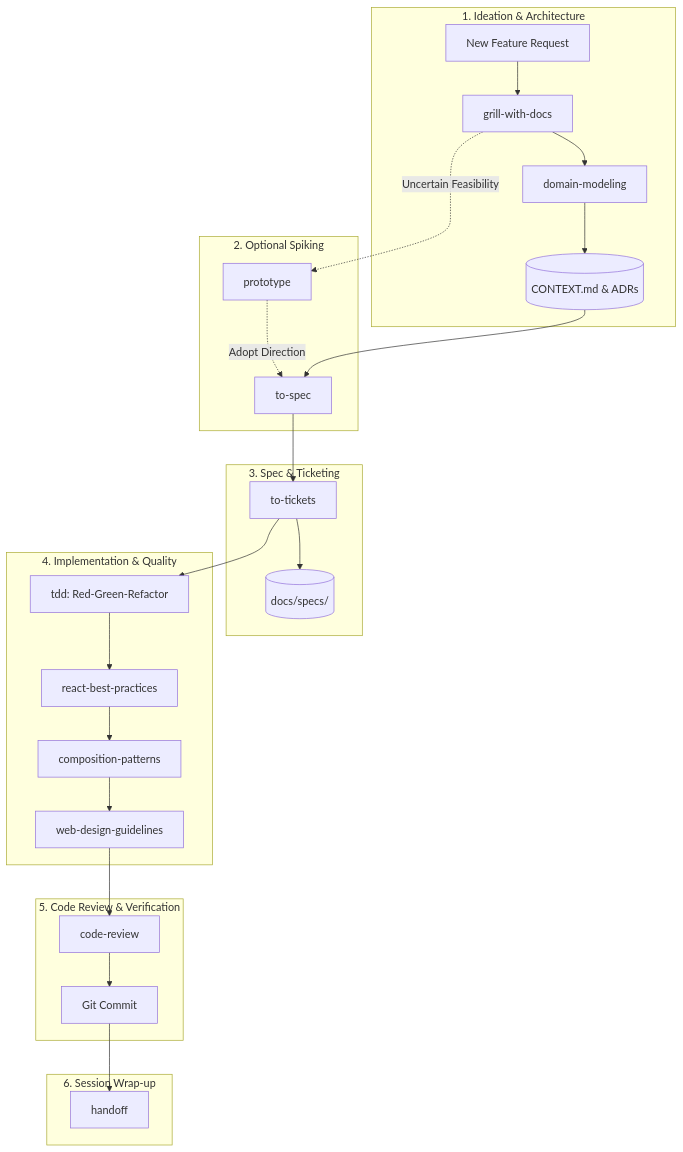
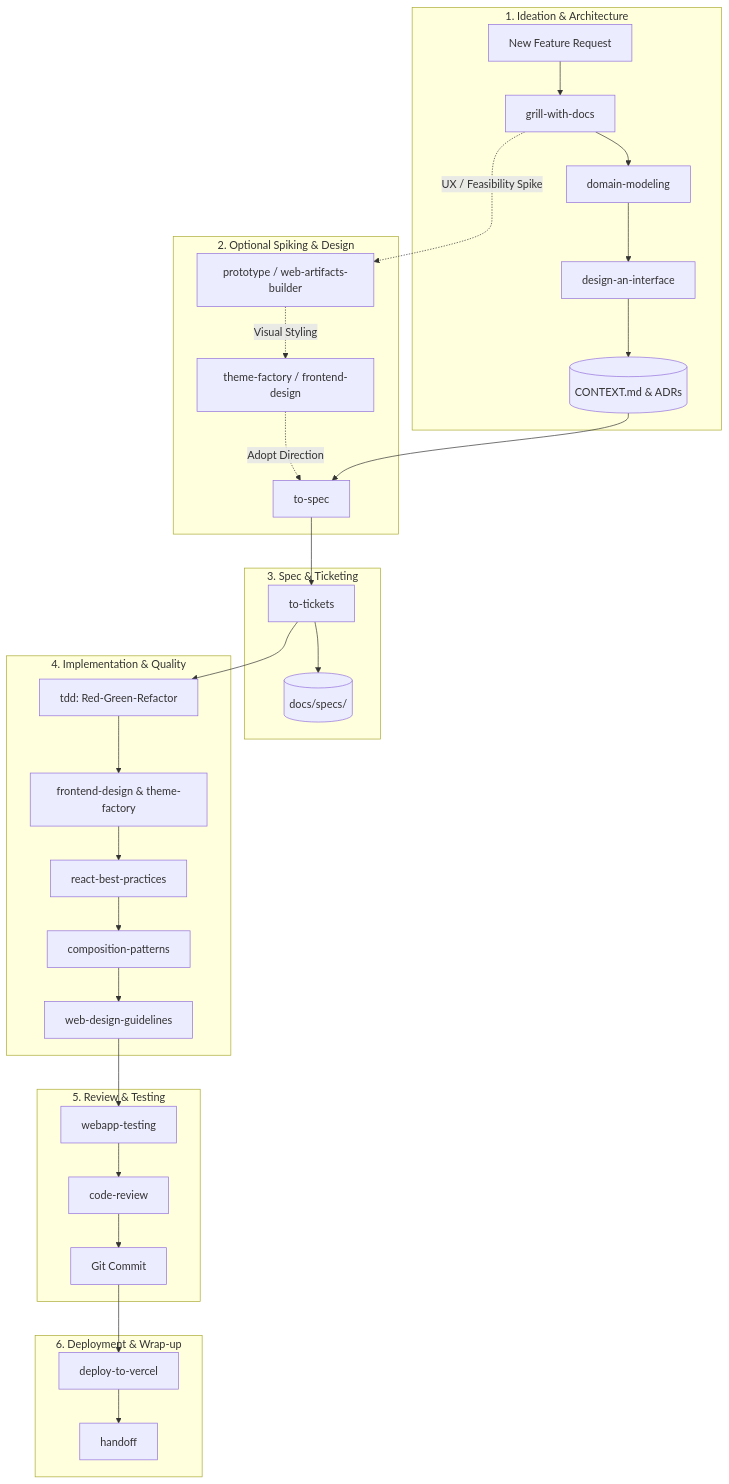
The diagram in docs/ENGINEERING_WORKFLOWS.md (samasastudio/portfolio-site), drawn with Mermaid before and after one commit. The commit also changed other lines of this file and 8 other files, not shown here.

````diff
--- a/docs/ENGINEERING_WORKFLOWS.md
+++ b/docs/ENGINEERING_WORKFLOWS.md
@@ -22,35 +23,40 @@
 ```mermaid
 flowchart TD
     subgraph Ideation ["1. Ideation & Architecture"]
         A[New Feature Request] --> B[grill-with-docs]
         B --> C[domain-modeling]
-        C --> D[(CONTEXT.md & ADRs)]
+        C --> D[design-an-interface]
+        D --> E[(CONTEXT.md & ADRs)]
     end
 
-    subgraph Spiking ["2. Optional Spiking"]
-        B -.->|Uncertain Feasibility| E[prototype]
-        E -.->|Adopt Direction| F[to-spec]
+    subgraph Spiking ["2. Optional Spiking & Design"]
+        B -.->|UX / Feasibility Spike| F[prototype / web-artifacts-builder]
+        F -.->|Visual Styling| G[theme-factory / frontend-design]
+        G -.->|Adopt Direction| H[to-spec]
     end
 
     subgraph Specification ["3. Spec & Ticketing"]
-        D --> F[to-spec]
-        F --> G[to-tickets]
-        G --> H[(docs/specs/)]
+        E --> H[to-spec]
+        H --> I[to-tickets]
+        I --> J[(docs/specs/)]
     end
 
     subgraph Implementation ["4. Implementation & Quality"]
-        G --> I[tdd: Red-Green-Refactor]
-        I --> J[react-best-practices]
-        J --> K[composition-patterns]
-        K --> L[web-design-guidelines]
+        I --> K[tdd: Red-Green-Refactor]
+        K --> L[frontend-design & theme-factory]
+        L --> M[react-best-practices]
+        M --> N[composition-patterns]
+        N --> O[web-design-guidelines]
     end
 
-    subgraph QualityGate ["5. Code Review & Verification"]
-        L --> M[code-review]
-        M --> N[Git Commit]
+    subgraph Verification ["5. Review & Testing"]
+        O --> P[webapp-testing]
+        P --> Q[code-review]
+        Q --> R[Git Commit]
     end
 
-    subgraph WrapUp ["6. Session Wrap-up"]
-        N --> O[handoff]
+    subgraph Delivery ["6. Deployment & Wrap-up"]
+        R --> S[deploy-to-vercel]
+        S --> T[handoff]
     end
 ```
````
